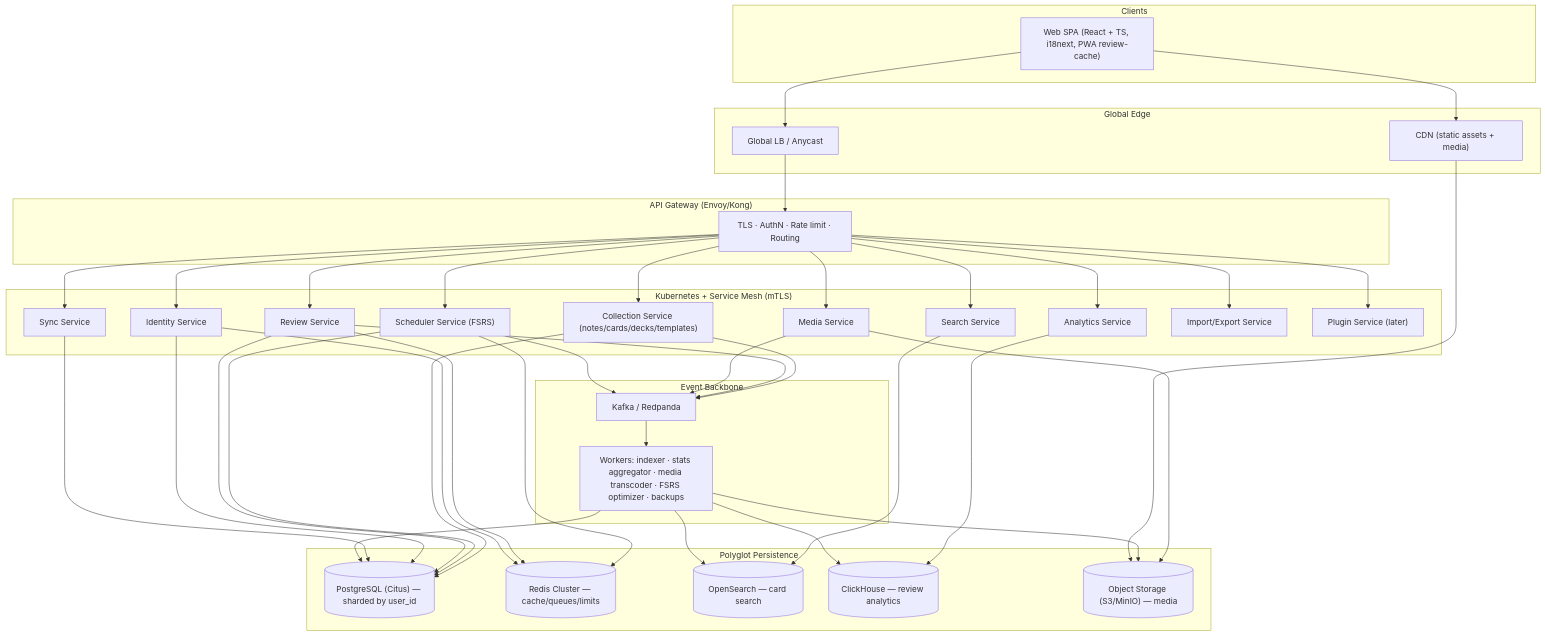
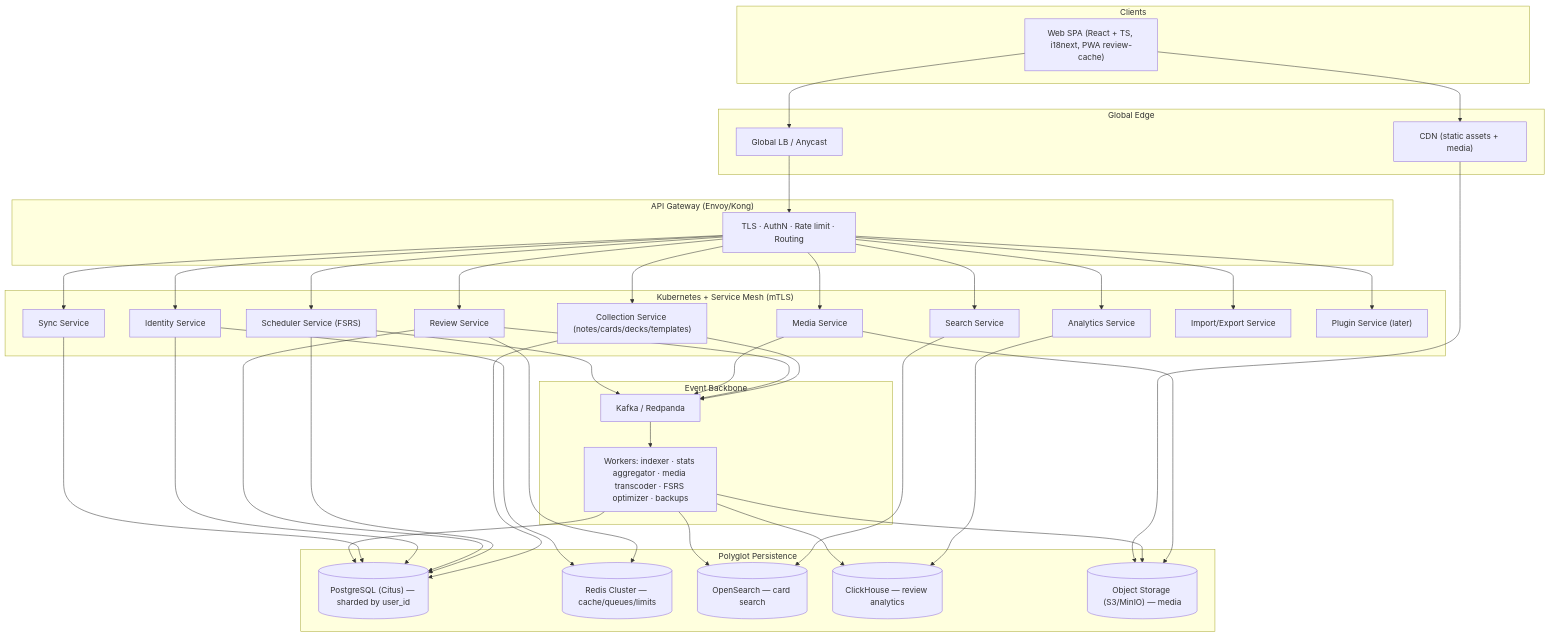
One commit to ai-fn/MindMash changed the diagram in docs/architecture.md. Above: the diagram before and after it, drawn with Mermaid. The commit also changed other lines of this file and 12 other files, not shown here.

````diff
--- a/docs/architecture.md
+++ b/docs/architecture.md
@@ -30,53 +30,53 @@
 ```mermaid
 flowchart TB
     subgraph Client["Clients"]
         WEB["Web SPA (React + TS, i18next, PWA review-cache)"]
     end
 
     subgraph Edge["Global Edge"]
         CDN["CDN (static assets + media)"]
         GLB["Global LB / Anycast"]
     end
 
     subgraph Gateway["API Gateway (Envoy/Kong)"]
         GW["TLS · AuthN · Rate limit · Routing"]
     end
 
     subgraph Mesh["Kubernetes + Service Mesh (mTLS)"]
         IDENT["Identity Service"]
         COLL["Collection Service (notes/cards/decks/templates)"]
         SCHED["Scheduler Service (FSRS)"]
         REVIEW["Review Service"]
         MEDIA["Media Service"]
         SEARCH["Search Service"]
         STATS["Analytics Service"]
         SYNC["Sync Service"]
         IO["Import/Export Service"]
         PLUGIN["Plugin Service (later)"]
     end
 
     subgraph Async["Event Backbone"]
         KAFKA["Kafka / Redpanda"]
         WORKERS["Workers: indexer · stats aggregator · media transcoder · FSRS optimizer · backups"]
     end
 
     subgraph Data["Polyglot Persistence"]
         PG[("PostgreSQL (Citus) — sharded by user_id")]
         REDIS[("Redis Cluster — cache/queues/limits")]
         OS[("OpenSearch — card search")]
         CH[("ClickHouse — review analytics")]
         S3[("Object Storage (S3/MinIO) — media")]
     end
 
     WEB --> CDN
     WEB --> GLB --> GW
     GW --> IDENT & COLL & SCHED & REVIEW & MEDIA & SEARCH & STATS & SYNC & IO & PLUGIN
     COLL & REVIEW & MEDIA & SCHED --> KAFKA --> WORKERS
     COLL & SCHED & REVIEW & IDENT & SYNC --> PG
-    SCHED & REVIEW & IDENT --> REDIS
+    REVIEW & IDENT --> REDIS
     SEARCH --> OS
     STATS --> CH
     MEDIA --> S3
     WORKERS --> OS & CH & S3 & PG
     CDN --> S3
 ```
````
